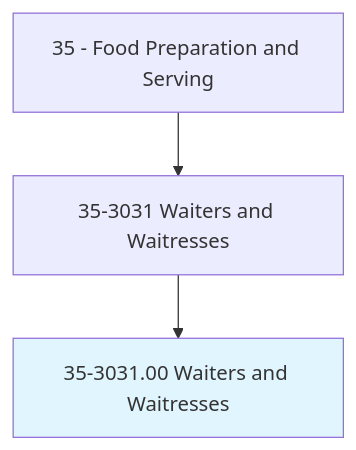
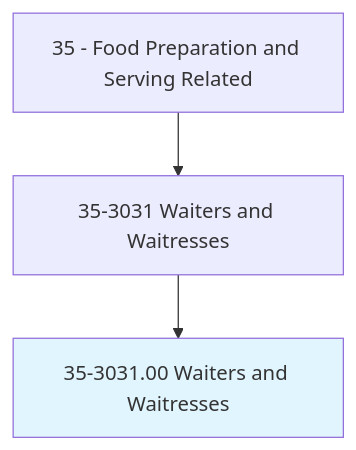
One commit to kziemski/business.org.ai changed the first of 4 diagrams in occupations/FoodService/WaitersAndWaitresses.mdx. Above: the diagram before and after it, drawn with Mermaid. The commit also changed other lines of this file and 938 other files, not shown here.

````diff
--- a/occupations/FoodService/WaitersAndWaitresses.mdx
+++ b/occupations/FoodService/WaitersAndWaitresses.mdx
@@ -19,6 +23,6 @@
 ```mermaid
 graph TD
-    Cat35["35 - Food Preparation and Serving"] --> Group353031["35-3031 Waiters and Waitresses"]
+    Cat35["35 - Food Preparation and Serving Related"] --> Group353031["35-3031 Waiters and Waitresses"]
     Group353031 --> Current["35-3031.00 Waiters and Waitresses"]
     style Current fill:#e1f5fe
 ```
````
